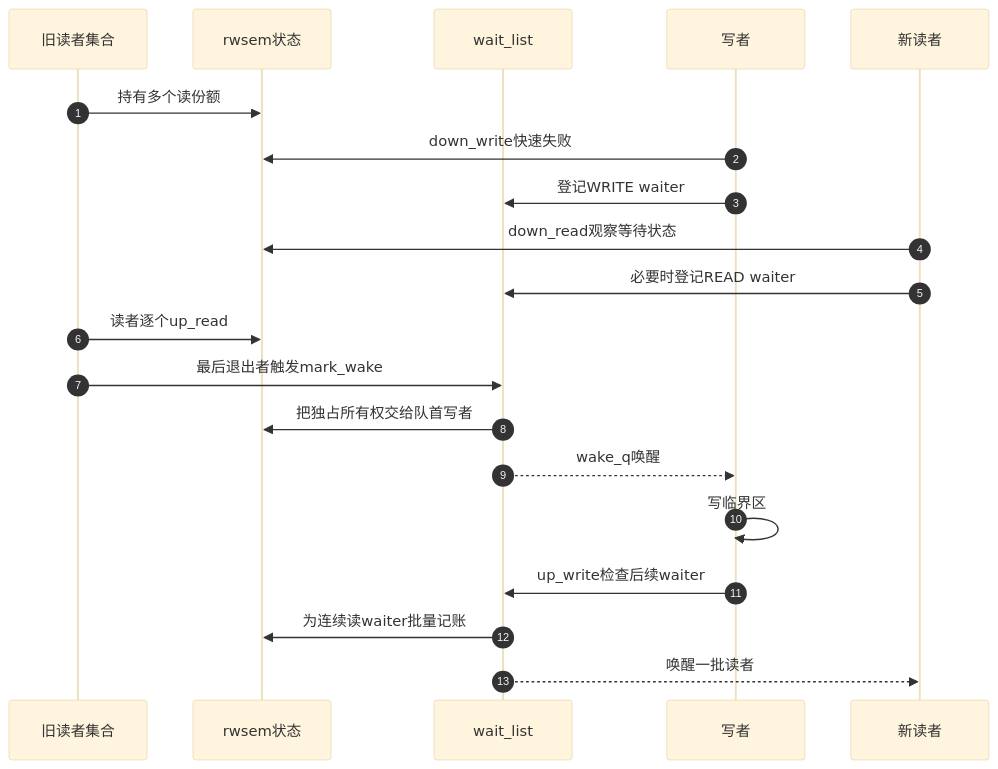
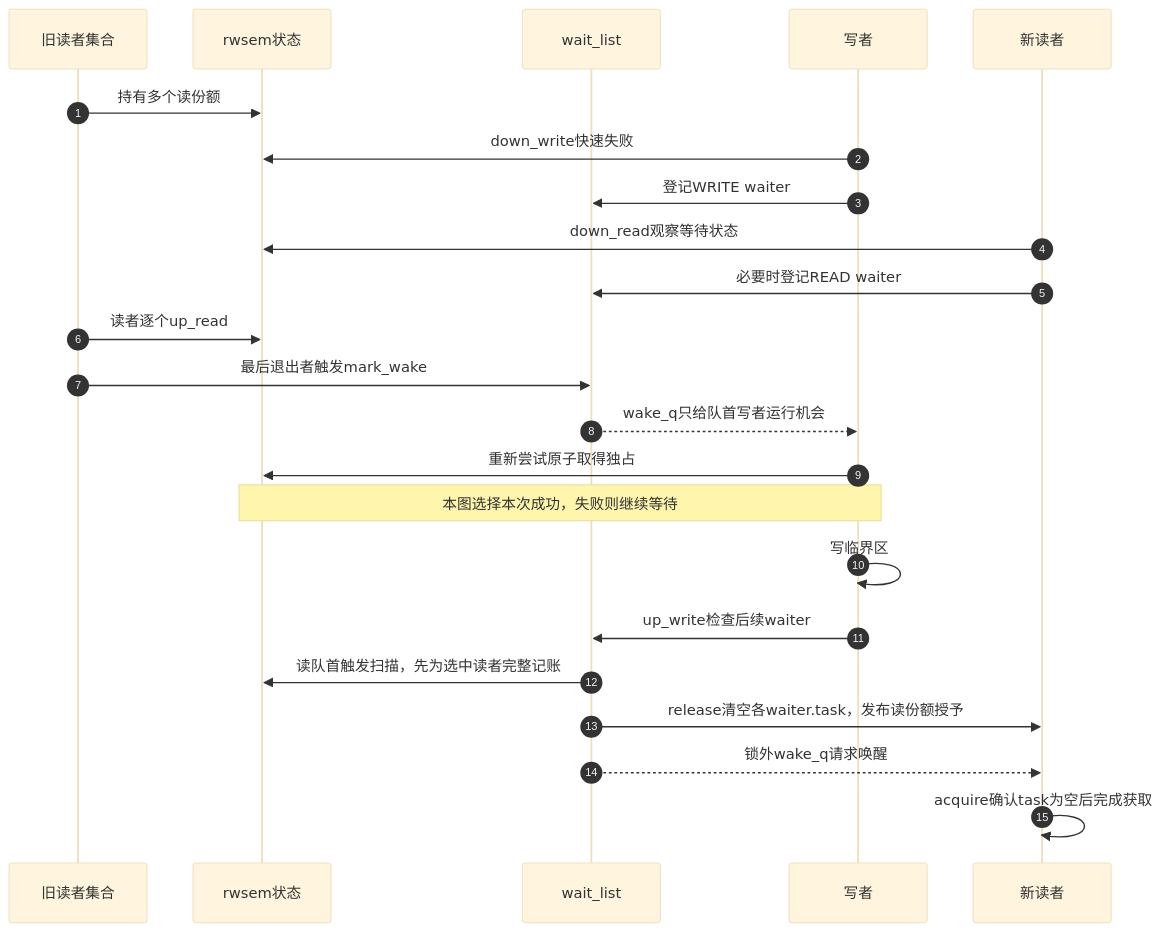
Before and after one commit to FormingSystem/linux_note: the second of 2 diagrams in knowledge/linux/synchronization_and_asynchrony/synchronization/locks/P06_rwsem读写汇聚与唤醒.md, drawn with Mermaid (base theme). The commit also changed other lines of this file and 7 other files, not shown here.

````diff
--- a/knowledge/linux/synchronization_and_asynchrony/synchronization/locks/P06_rwsem读写汇聚与唤醒.md
+++ b/knowledge/linux/synchronization_and_asynchrony/synchronization/locks/P06_rwsem读写汇聚与唤醒.md
@@ -50,23 +70,26 @@
 ```mermaid
 sequenceDiagram
     autonumber
     participant R as 旧读者集合
     participant S as rwsem状态
     participant Q as wait_list
     participant W as 写者
     participant N as 新读者
 
     R->>S: 持有多个读份额
     W->>S: down_write快速失败
     W->>Q: 登记WRITE waiter
     N->>S: down_read观察等待状态
     N->>Q: 必要时登记READ waiter
     R->>S: 读者逐个up_read
     R->>Q: 最后退出者触发mark_wake
-    Q->>S: 把独占所有权交给队首写者
-    Q-->>W: wake_q唤醒
+    Q-->>W: wake_q只给队首写者运行机会
+    W->>S: 重新尝试原子取得独占
+    Note over W,S: 本图选择本次成功，失败则继续等待
     W->>W: 写临界区
     W->>Q: up_write检查后续waiter
-    Q->>S: 为连续读waiter批量记账
-    Q-->>N: 唤醒一批读者
+    Q->>S: 读队首触发扫描，先为选中读者完整记账
+    Q->>N: release清空各waiter.task，发布读份额授予
+    Q-->>N: 锁外wake_q请求唤醒
+    N->>N: acquire确认task为空后完成获取
 ```
````
